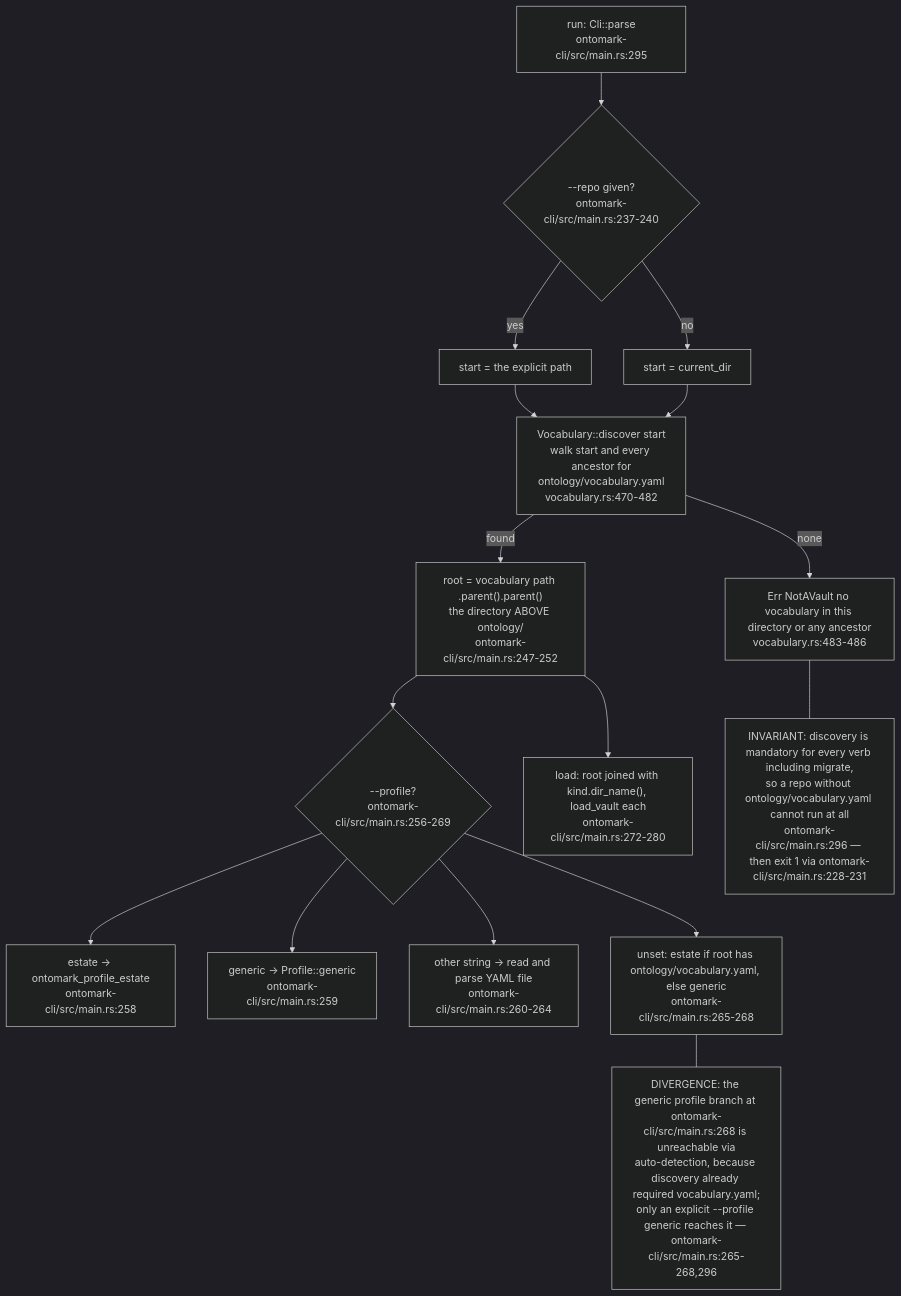
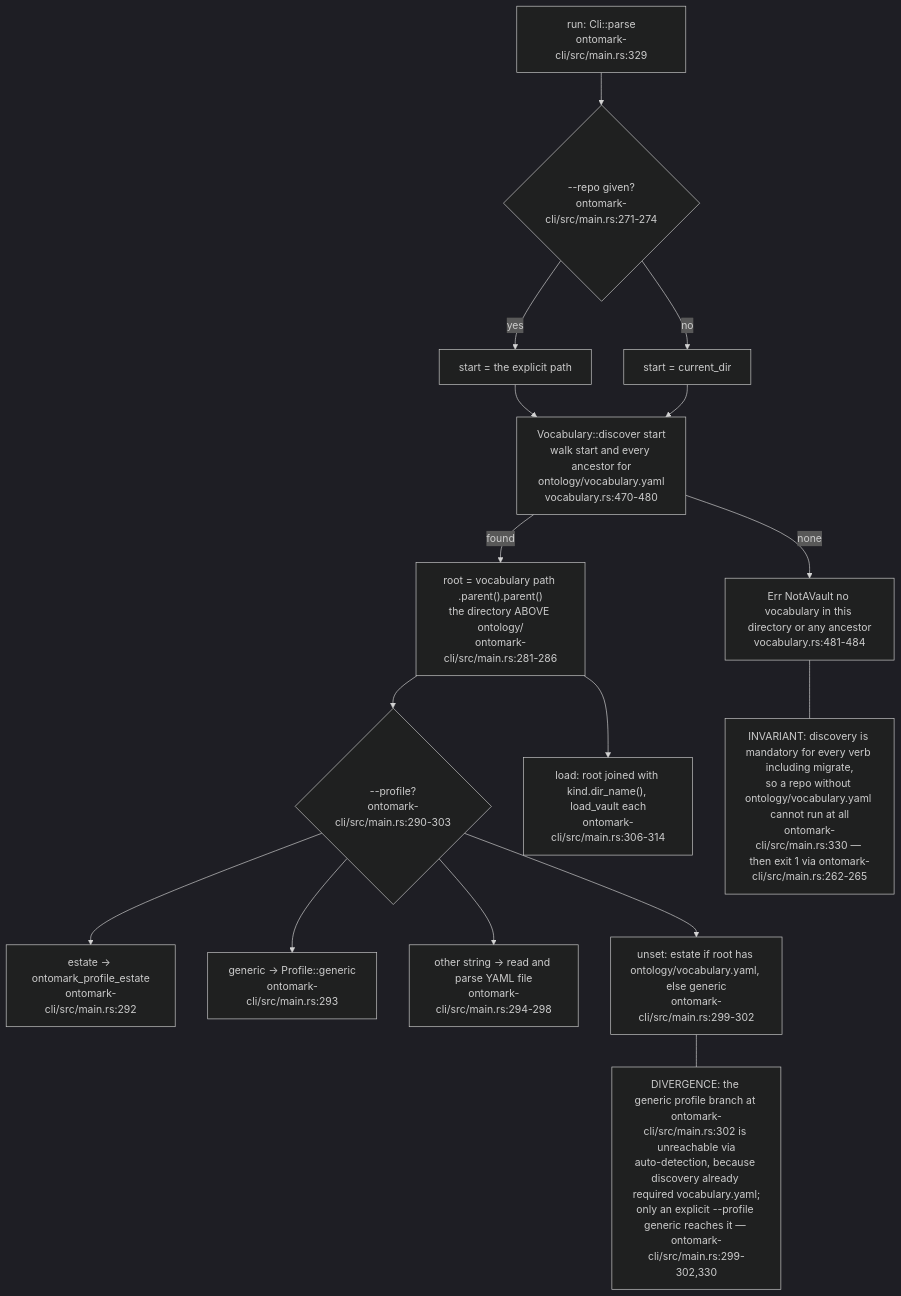
The fourth of 6 diagrams in docs/diagrams/ontomark/05-cli-commands-vault-selector-and-exit-codes.md (DreamLab-AI/VisionFlow), drawn with Mermaid (dark theme) before and after one commit. The commit also changed other lines of this file and 10 other files, not shown here.

First line of the commit message:
docs(diagrams): re-stamp the ontomark corpus at ee9e04a; OM-06 machine scope and ingest contract

````diff
--- a/docs/diagrams/ontomark/05-cli-commands-vault-selector-and-exit-codes.md
+++ b/docs/diagrams/ontomark/05-cli-commands-vault-selector-and-exit-codes.md
@@ -135,33 +140,33 @@
 ```mermaid
 flowchart TD
-    START["run: Cli::parse<br/>ontomark-cli/src/main.rs:295"]
-    EXPL{"--repo given?<br/>ontomark-cli/src/main.rs:237-240"}
+    START["run: Cli::parse<br/>ontomark-cli/src/main.rs:329"]
+    EXPL{"--repo given?<br/>ontomark-cli/src/main.rs:271-274"}
     P1["start = the explicit path"]
     P2["start = current_dir"]
-    DISC["Vocabulary::discover start<br/>walk start and every ancestor for<br/>ontology/vocabulary.yaml<br/>vocabulary.rs:470-482"]
-    NOTV["Err NotAVault no vocabulary in this directory or any ancestor<br/>vocabulary.rs:483-486"]
-    ROOT["root = vocabulary path .parent().parent()<br/>the directory ABOVE ontology/<br/>ontomark-cli/src/main.rs:247-252"]
-    PROF{"--profile?<br/>ontomark-cli/src/main.rs:256-269"}
-    EST["estate -> ontomark_profile_estate<br/>ontomark-cli/src/main.rs:258"]
-    GEN["generic -> Profile::generic<br/>ontomark-cli/src/main.rs:259"]
-    YAML["other string -> read and parse YAML file<br/>ontomark-cli/src/main.rs:260-264"]
-    AUTO["unset: estate if root has ontology/vocabulary.yaml, else generic<br/>ontomark-cli/src/main.rs:265-268"]
-    LOAD["load: root joined with kind.dir_name(), load_vault each<br/>ontomark-cli/src/main.rs:272-280"]
+    DISC["Vocabulary::discover start<br/>walk start and every ancestor for<br/>ontology/vocabulary.yaml<br/>vocabulary.rs:470-480"]
+    NOTV["Err NotAVault no vocabulary in this directory or any ancestor<br/>vocabulary.rs:481-484"]
+    ROOT["root = vocabulary path .parent().parent()<br/>the directory ABOVE ontology/<br/>ontomark-cli/src/main.rs:281-286"]
+    PROF{"--profile?<br/>ontomark-cli/src/main.rs:290-303"}
+    EST["estate -> ontomark_profile_estate<br/>ontomark-cli/src/main.rs:292"]
+    GEN["generic -> Profile::generic<br/>ontomark-cli/src/main.rs:293"]
+    YAML["other string -> read and parse YAML file<br/>ontomark-cli/src/main.rs:294-298"]
+    AUTO["unset: estate if root has ontology/vocabulary.yaml, else generic<br/>ontomark-cli/src/main.rs:299-302"]
+    LOAD["load: root joined with kind.dir_name(), load_vault each<br/>ontomark-cli/src/main.rs:306-314"]
     START --> EXPL
     EXPL -->|yes| P1
     EXPL -->|no| P2
     P1 --> DISC
     P2 --> DISC
     DISC -->|found| ROOT
     DISC -->|none| NOTV
     ROOT --> PROF
     PROF --> EST
     PROF --> GEN
     PROF --> YAML
     PROF --> AUTO
     ROOT --> LOAD
-    n1["INVARIANT: discovery is mandatory for every verb including migrate,<br/>so a repo without ontology/vocabulary.yaml cannot run at all<br/>ontomark-cli/src/main.rs:296 — then exit 1 via ontomark-cli/src/main.rs:228-231"]
-    n2["DIVERGENCE: the generic profile branch at ontomark-cli/src/main.rs:268 is unreachable via<br/>auto-detection, because discovery already required vocabulary.yaml;<br/>only an explicit --profile generic reaches it — ontomark-cli/src/main.rs:265-268,296"]
+    n1["INVARIANT: discovery is mandatory for every verb including migrate,<br/>so a repo without ontology/vocabulary.yaml cannot run at all<br/>ontomark-cli/src/main.rs:330 — then exit 1 via ontomark-cli/src/main.rs:262-265"]
+    n2["DIVERGENCE: the generic profile branch at ontomark-cli/src/main.rs:302 is unreachable via<br/>auto-detection, because discovery already required vocabulary.yaml;<br/>only an explicit --profile generic reaches it — ontomark-cli/src/main.rs:299-302,330"]
     NOTV --- n1
     AUTO --- n2
 ```
````
